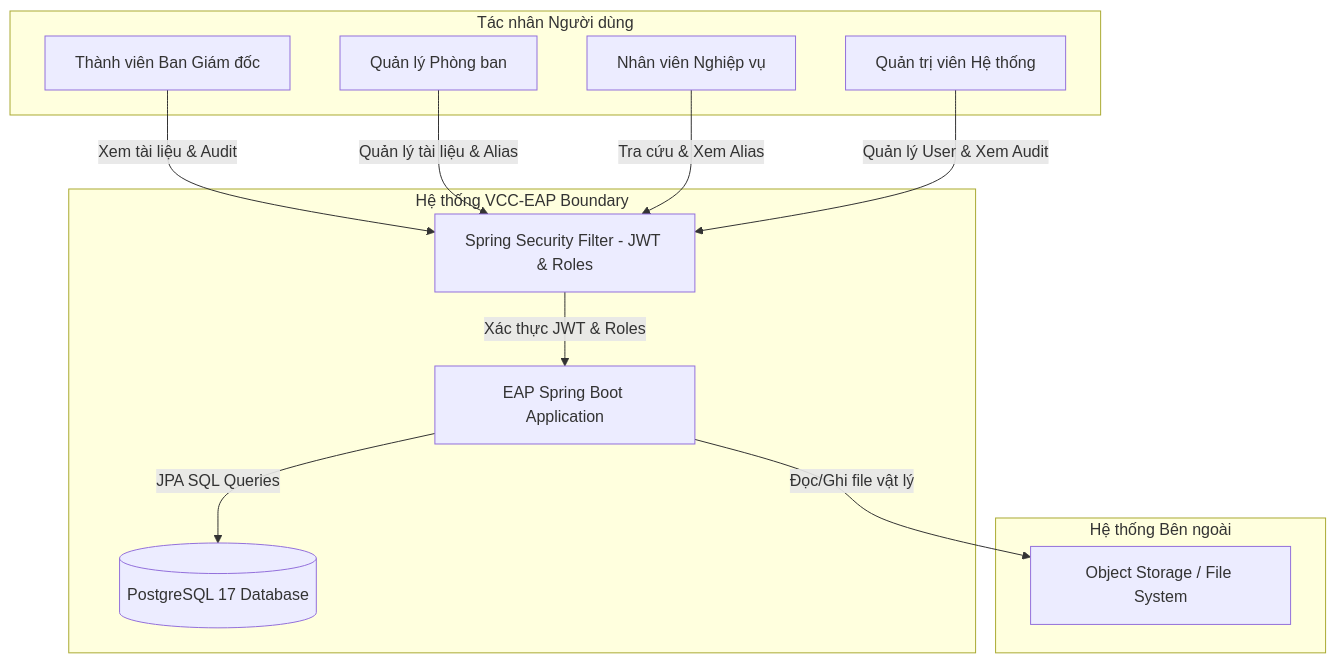
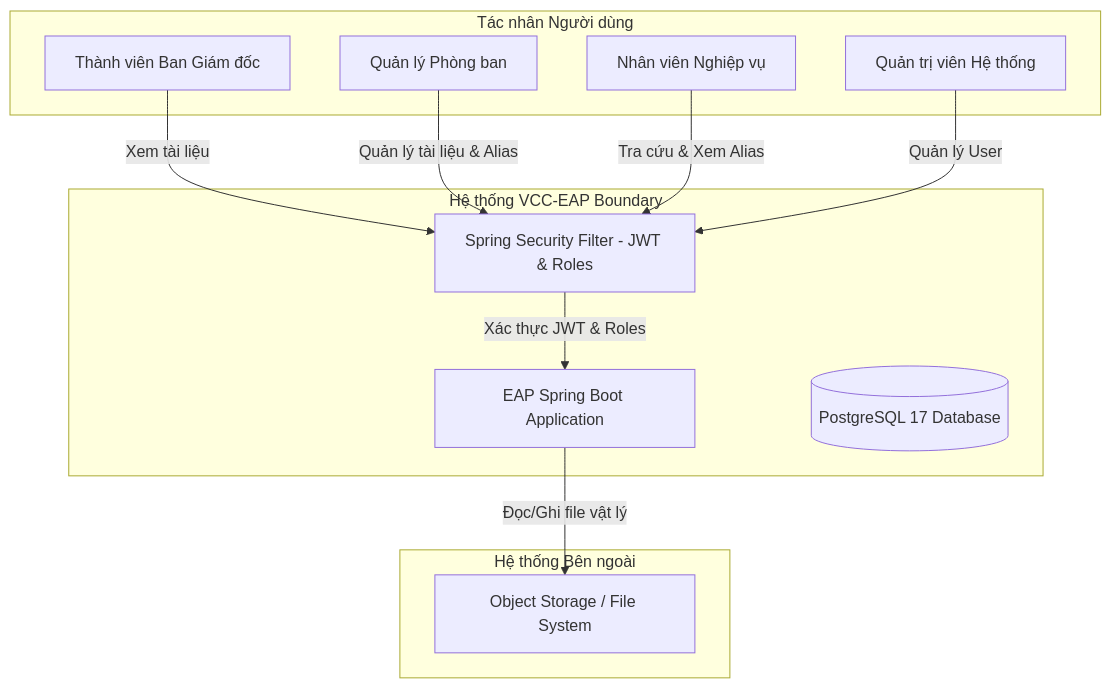
Before and after one commit to thanhhuong1523/enterprise-ai-systems: the first of 3 diagrams in docs/architecture_design.md, drawn with Mermaid. The commit also changed other lines of this file and 2 other files, not shown here.

Commit message:
change db and add diagrams to detailed design

````diff
--- a/docs/architecture_design.md
+++ b/docs/architecture_design.md
@@ -13,28 +13,27 @@
 ```mermaid
 graph TD
     subgraph Actors [Tác nhân Người dùng]
         BOARD[Thành viên Ban Giám đốc]
         Manager[Quản lý Phòng ban]
         Employee[Nhân viên Nghiệp vụ]
         Admin[Quản trị viên Hệ thống]
     end
 
     subgraph EAP [Hệ thống VCC-EAP Boundary]
         Gateway[Spring Security Filter - JWT & Roles]
         App[EAP Spring Boot Application]
         DB[(PostgreSQL 17 Database)]
     end
 
     subgraph External [Hệ thống Bên ngoài]
         Storage[Object Storage / File System]
     end
 
-    BOARD -->|Xem tài liệu & Audit| Gateway
+    BOARD -->|Xem tài liệu| Gateway
     Manager -->|Quản lý tài liệu & Alias| Gateway
     Employee -->|Tra cứu & Xem Alias| Gateway
-    Admin -->|Quản lý User & Xem Audit| Gateway
+    Admin -->|Quản lý User| Gateway
 
     Gateway -->|Xác thực JWT & Roles| App
-    App -->|JPA SQL Queries| DB
     App -->|Đọc/Ghi file vật lý| Storage
 ```
````
